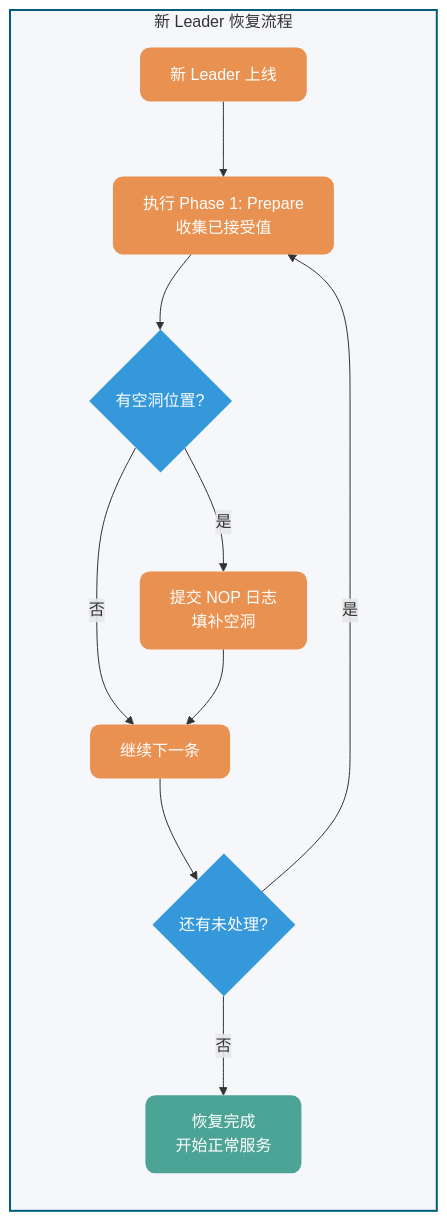
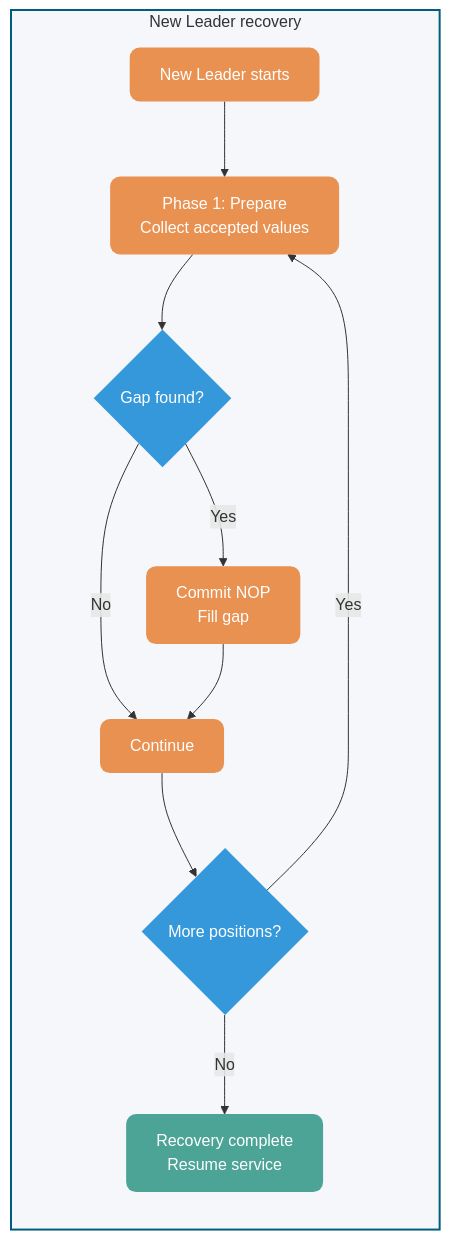
The sixth of 6 diagrams in docs/distributed-system/protocol/paxos-algorithm.md (m3h3d1/JavaGuideEn), drawn with Mermaid before and after one commit. The commit also changed other lines of this file and 16 other files, not shown here.

````diff
--- a/docs/distributed-system/protocol/paxos-algorithm.md
+++ b/docs/distributed-system/protocol/paxos-algorithm.md
@@ -360,27 +304,21 @@
 ```mermaid
 flowchart TB
-    subgraph Recovery["新 Leader 恢复流程"]
+    subgraph Recovery["New Leader recovery"]
         direction TB
-        Start[新 Leader 上线] --> Phase1[执行 Phase 1: Prepare<br/>收集已接受值]
-
-        Phase1 --> Check{有空洞位置?}
-
-        Check -->|是| NOP[提交 NOP 日志<br/>填补空洞]
-        Check -->|否| Next[继续下一条]
-
+        Start[New Leader starts] --> Phase1[Phase 1: Prepare<br/>Collect accepted values]
+        Phase1 --> Check{Gap found?}
+        Check -->|Yes| NOP[Commit NOP<br/>Fill gap]
+        Check -->|No| Next[Continue]
         NOP --> Next
-        Next --> More{还有未处理?}
-
-        More -->|是| Phase1
-        More -->|否| Done[恢复完成<br/>开始正常服务]
+        Next --> More{More positions?}
+        More -->|Yes| Phase1
+        More -->|No| Done[Recovery complete<br/>Resume service]
     end
-
     style Recovery fill:#F5F7FA,color:#333,stroke:#005D7B,stroke-width:2px
     classDef step fill:#E99151,color:#FFFFFF,stroke:none,rx:10,ry:10
     classDef decision fill:#3498DB,color:#FFFFFF,stroke:none,rx:10,ry:10
     classDef success fill:#4CA497,color:#FFFFFF,stroke:none,rx:10,ry:10
-
     class Start,Phase1,NOP,Next step
     class Check,More decision
     class Done success
 ```
````
